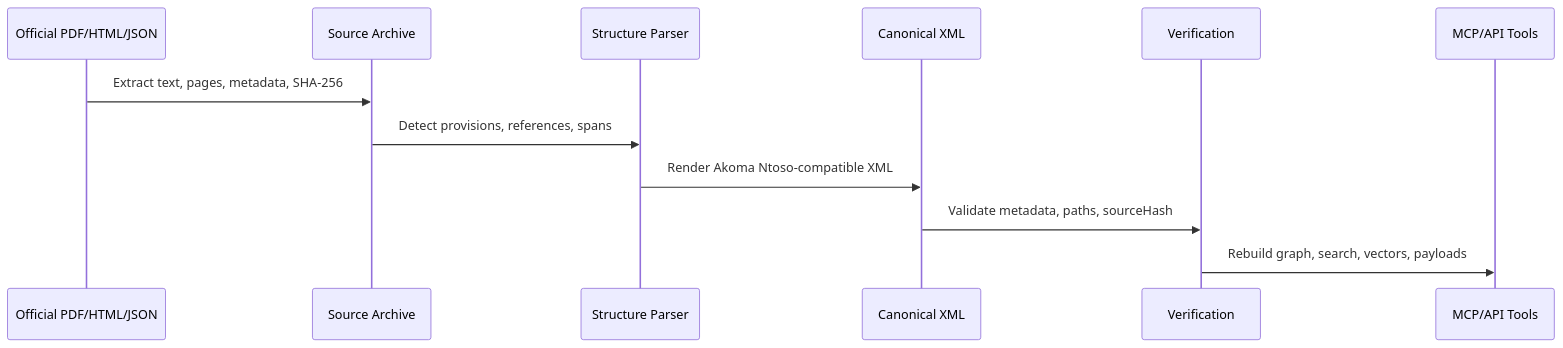
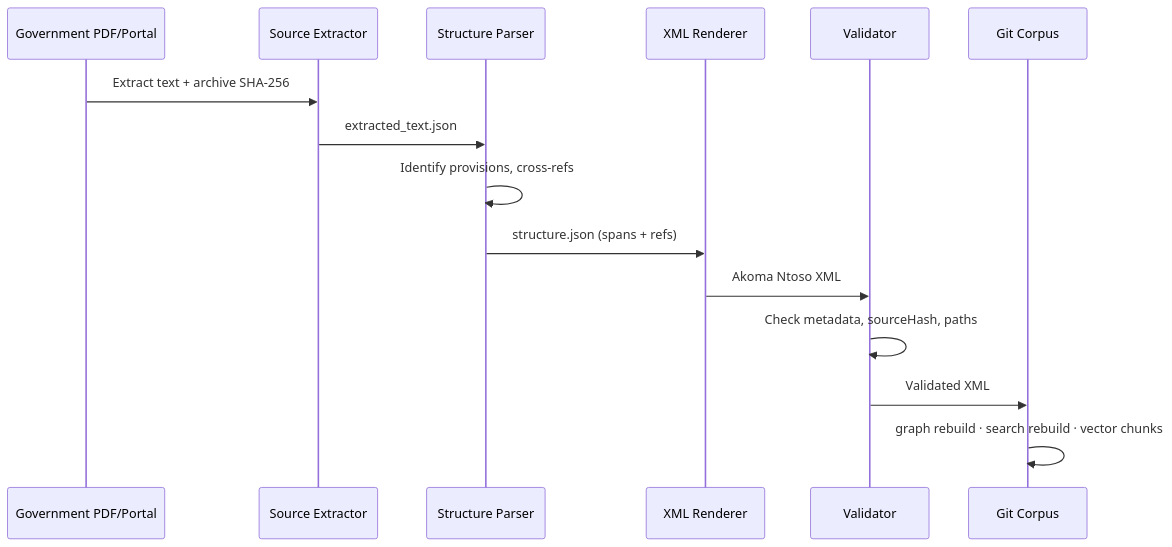
One commit to shikharpant/nyaya-ledger changed the fifth of 5 diagrams in README.md. Above: the diagram before and after it, drawn with Mermaid. The commit also changed other lines of this file, not shown here.

Commit message:
Update README corpus overview

````diff
--- a/README.md
+++ b/README.md
@@ -341,15 +376,18 @@
 ```mermaid
 sequenceDiagram
-    participant Source as Official PDF/HTML/JSON
-    participant Archive as Source Archive
-    participant Parser as Structure Parser
-    participant XML as Canonical XML
-    participant Verify as Verification
-    participant Tools as MCP/API Tools
+    participant Gov as Government PDF/Portal
+    participant Extract as Source Extractor
+    participant Parse as Structure Parser
+    participant Render as XML Renderer
+    participant Validate as Validator
+    participant Corpus as Git Corpus
 
-    Source->>Archive: Extract text, pages, metadata, SHA-256
-    Archive->>Parser: Detect provisions, references, spans
-    Parser->>XML: Render Akoma Ntoso-compatible XML
-    XML->>Verify: Validate metadata, paths, sourceHash
-    Verify->>Tools: Rebuild graph, search, vectors, payloads
+    Gov->>Extract: Extract text + archive SHA-256
+    Extract->>Parse: extracted_text.json
+    Parse->>Parse: Identify provisions, cross-refs
+    Parse->>Render: structure.json (spans + refs)
+    Render->>Validate: Akoma Ntoso XML
+    Validate->>Validate: Check metadata, sourceHash, paths
+    Validate->>Corpus: Validated XML
+    Corpus->>Corpus: graph rebuild · search rebuild · vector chunks
 ```
````
